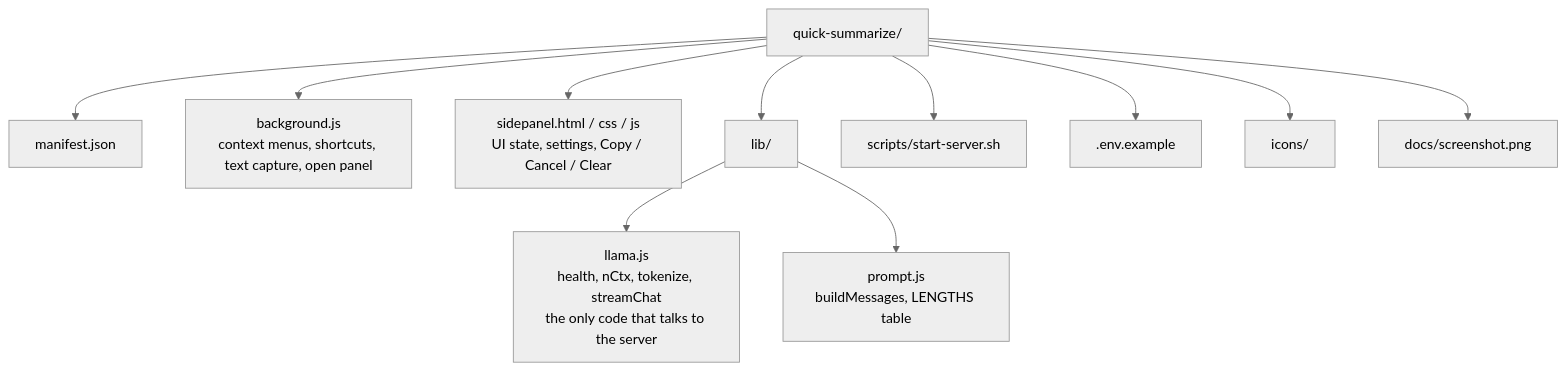
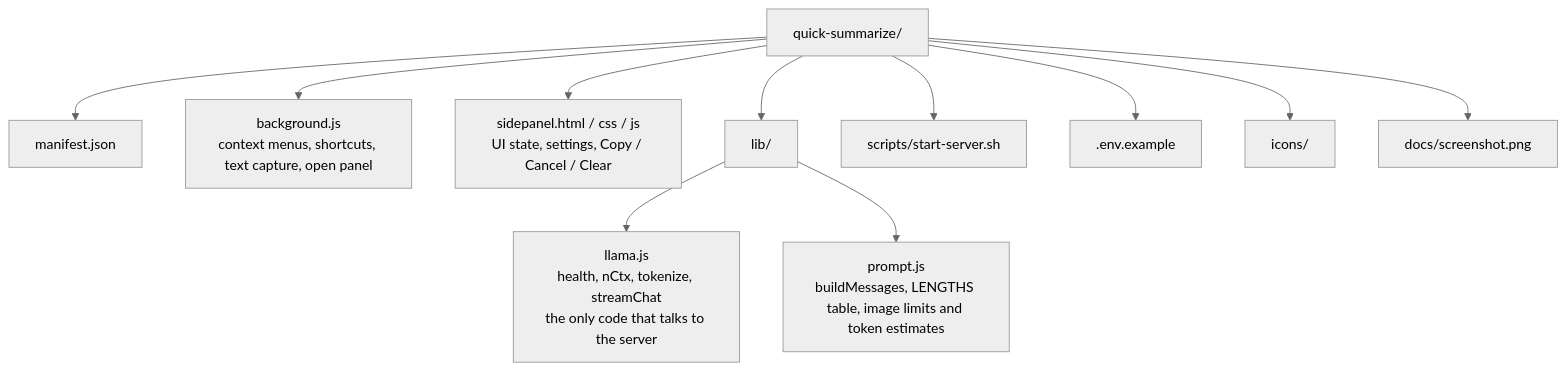
Before and after one commit to SeanLangre/quick-summarize: the second of 3 diagrams in README.md, drawn with Mermaid (neutral theme). The commit also changed other lines of this file, not shown here.

Commit message:
Update README to clarify side panel functionality and error handling for image limits

````diff
--- a/README.md
+++ b/README.md
@@ -85,14 +85,14 @@
 ```mermaid
 flowchart TD
     root["quick-summarize/"]
     root --> manifest["manifest.json"]
     root --> bg["background.js<br/>context menus, shortcuts, text capture, open panel"]
     root --> sp["sidepanel.html / css / js<br/>UI state, settings, Copy / Cancel / Clear"]
     root --> lib["lib/"]
     lib --> llama["llama.js<br/>health, nCtx, tokenize, streamChat<br/>the only code that talks to the server"]
-    lib --> prompt["prompt.js<br/>buildMessages, LENGTHS table"]
+    lib --> prompt["prompt.js<br/>buildMessages, LENGTHS table, image limits and token estimates"]
     root --> scripts["scripts/start-server.sh"]
     root --> env[".env.example"]
     root --> icons["icons/"]
     root --> docs["docs/screenshot.png"]
 ```
````
